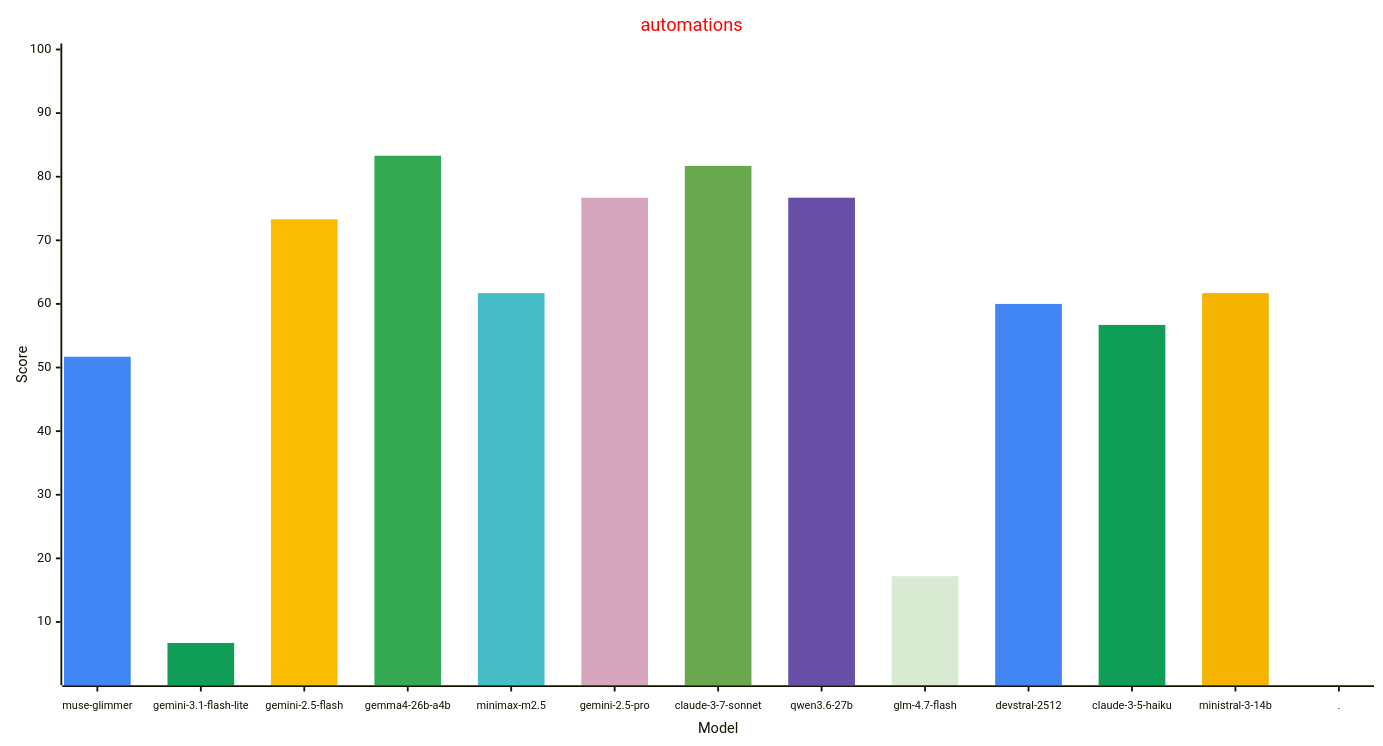
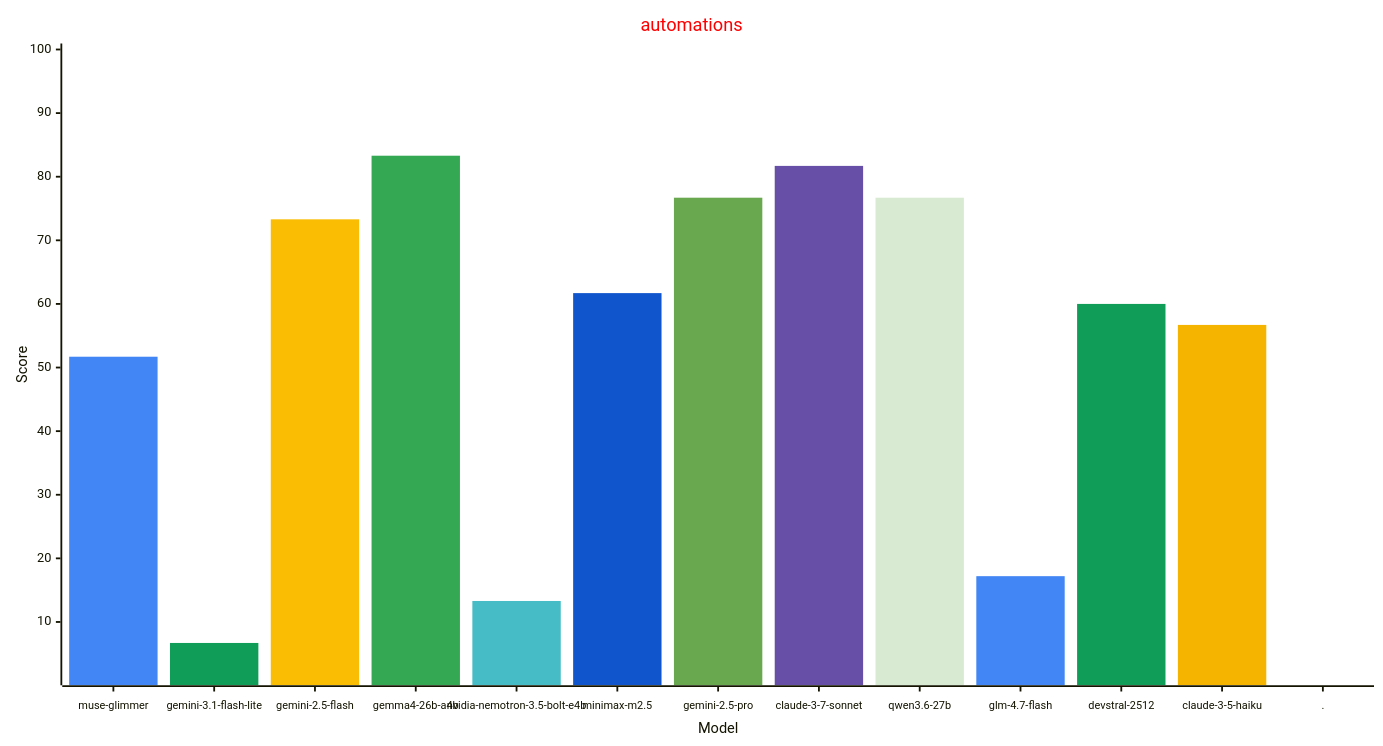
Before and after one commit to allenporter/home-assistant-datasets: the fourth of 4 diagrams in reports/README.md, drawn with Mermaid. The commit also changed other lines of this file, not shown here.

````diff
--- a/reports/README.md
+++ b/reports/README.md
@@ -233,33 +234,33 @@
 ```mermaid
 ---
 config:
     xyChart:
         width: 1500
         height: 800
         xAxis:
           labelFontSize: 12
           labelPadding: 8
     themeVariables:
         xyChart:
             titleColor: "#ff0000"
-            plotColorPalette: "#4285f4, #0f9d58, #fbbc04, #34a853, #46bdc6, #d5a6bd, #6aa84f, #674ea7, #d9ead3, #4285f4, #0f9d58, #f4b400, #4285f4"
+            plotColorPalette: "#4285f4, #0f9d58, #fbbc04, #34a853, #46bdc6, #1155cc, #6aa84f, #674ea7, #d9ead3, #4285f4, #0f9d58, #f4b400, #4285f4"
 
 ---
 xychart-beta
   title "automations"
-  x-axis "Model" [muse-glimmer, gemini-3.1-flash-lite, gemini-2.5-flash, gemma4-26b-a4b, minimax-m2.5, gemini-2.5-pro, claude-3-7-sonnet, qwen3.6-27b, glm-4.7-flash, devstral-2512, claude-3-5-haiku, ministral-3-14b, .]
+  x-axis "Model" [muse-glimmer, gemini-3.1-flash-lite, gemini-2.5-flash, gemma4-26b-a4b, nvidia-nemotron-3.5-bolt-e4b, minimax-m2.5, gemini-2.5-pro, claude-3-7-sonnet, qwen3.6-27b, glm-4.7-flash, devstral-2512, claude-3-5-haiku, .]
   y-axis "Score" 1 --> 100
   bar [51.7, 0.0, 0.0, 0.0, 0.0, 0.0, 0.0, 0.0, 0.0, 0.0, 0.0, 0.0, 0.0]
   bar [0.0, 6.7, 0.0, 0.0, 0.0, 0.0, 0.0, 0.0, 0.0, 0.0, 0.0, 0.0, 0.0]
   bar [0.0, 0.0, 73.3, 0.0, 0.0, 0.0, 0.0, 0.0, 0.0, 0.0, 0.0, 0.0, 0.0]
   bar [0.0, 0.0, 0.0, 83.3, 0.0, 0.0, 0.0, 0.0, 0.0, 0.0, 0.0, 0.0, 0.0]
-  bar [0.0, 0.0, 0.0, 0.0, 61.7, 0.0, 0.0, 0.0, 0.0, 0.0, 0.0, 0.0, 0.0]
-  bar [0.0, 0.0, 0.0, 0.0, 0.0, 76.7, 0.0, 0.0, 0.0, 0.0, 0.0, 0.0, 0.0]
-  bar [0.0, 0.0, 0.0, 0.0, 0.0, 0.0, 81.7, 0.0, 0.0, 0.0, 0.0, 0.0, 0.0]
-  bar [0.0, 0.0, 0.0, 0.0, 0.0, 0.0, 0.0, 76.7, 0.0, 0.0, 0.0, 0.0, 0.0]
-  bar [0.0, 0.0, 0.0, 0.0, 0.0, 0.0, 0.0, 0.0, 17.2, 0.0, 0.0, 0.0, 0.0]
-  bar [0.0, 0.0, 0.0, 0.0, 0.0, 0.0, 0.0, 0.0, 0.0, 60.0, 0.0, 0.0, 0.0]
-  bar [0.0, 0.0, 0.0, 0.0, 0.0, 0.0, 0.0, 0.0, 0.0, 0.0, 56.7, 0.0, 0.0]
-  bar [0.0, 0.0, 0.0, 0.0, 0.0, 0.0, 0.0, 0.0, 0.0, 0.0, 0.0, 61.7, 0.0]
+  bar [0.0, 0.0, 0.0, 0.0, 13.3, 0.0, 0.0, 0.0, 0.0, 0.0, 0.0, 0.0, 0.0]
+  bar [0.0, 0.0, 0.0, 0.0, 0.0, 61.7, 0.0, 0.0, 0.0, 0.0, 0.0, 0.0, 0.0]
+  bar [0.0, 0.0, 0.0, 0.0, 0.0, 0.0, 76.7, 0.0, 0.0, 0.0, 0.0, 0.0, 0.0]
+  bar [0.0, 0.0, 0.0, 0.0, 0.0, 0.0, 0.0, 81.7, 0.0, 0.0, 0.0, 0.0, 0.0]
+  bar [0.0, 0.0, 0.0, 0.0, 0.0, 0.0, 0.0, 0.0, 76.7, 0.0, 0.0, 0.0, 0.0]
+  bar [0.0, 0.0, 0.0, 0.0, 0.0, 0.0, 0.0, 0.0, 0.0, 17.2, 0.0, 0.0, 0.0]
+  bar [0.0, 0.0, 0.0, 0.0, 0.0, 0.0, 0.0, 0.0, 0.0, 0.0, 60.0, 0.0, 0.0]
+  bar [0.0, 0.0, 0.0, 0.0, 0.0, 0.0, 0.0, 0.0, 0.0, 0.0, 0.0, 56.7, 0.0]
   bar [0.0, 0.0, 0.0, 0.0, 0.0, 0.0, 0.0, 0.0, 0.0, 0.0, 0.0, 0.0, -1.0]
 ```
````
